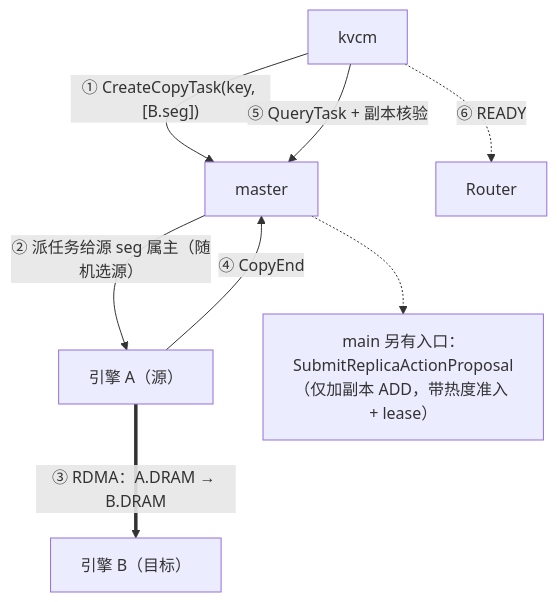
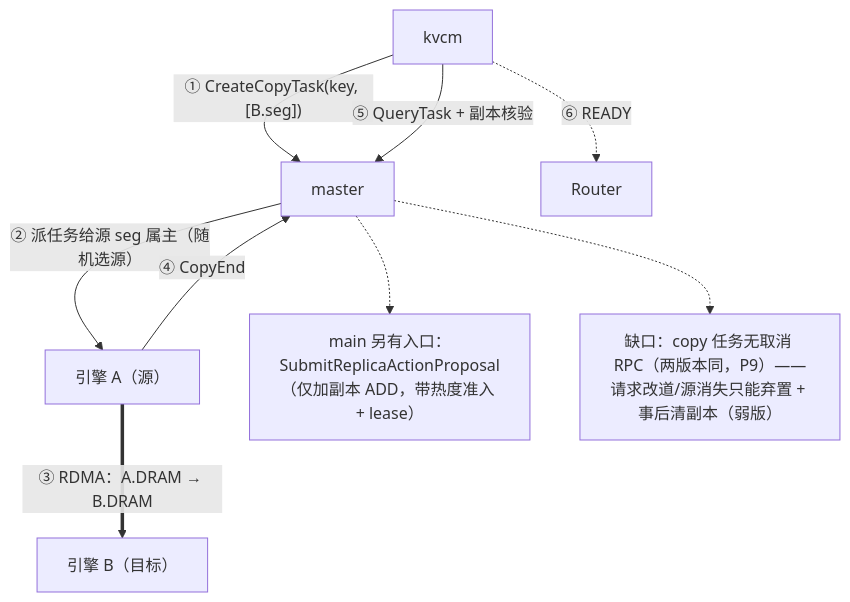
One commit to 5x8-40/lake changed the second of 10 diagrams in kvcm/D2-kv-operations.md. Above: the diagram before and after it, drawn with Mermaid. The commit also changed other lines of this file, not shown here.

First line of the commit message:
docs(kvcm): 图解补全最后六处遗漏——全方案覆盖收尾

````diff
--- a/kvcm/D2-kv-operations.md
+++ b/kvcm/D2-kv-operations.md
@@ -304,11 +304,13 @@
 ```mermaid
 flowchart TB
     K["kvcm"] -->|"① CreateCopyTask(key, [B.seg])"| M["master"]
     M -->|"② 派任务给源 seg 属主（随机选源）"| A["引擎 A（源）"]
     A ==>|"③ RDMA：A.DRAM → B.DRAM"| B["引擎 B（目标）"]
     A -->|"④ CopyEnd"| M
     K -->|"⑤ QueryTask + 副本核验"| M
     K -.->|"⑥ READY"| R["Router"]
     N["main 另有入口：SubmitReplicaActionProposal<br/>（仅加副本 ADD，带热度准入 + lease）"]
     M -.-> N
+    N2["缺口：copy 任务无取消 RPC（两版本同，P9）——<br/>请求改道/源消失只能弃置 + 事后清副本（弱版）"]
+    M -.-> N2
 ```
````
